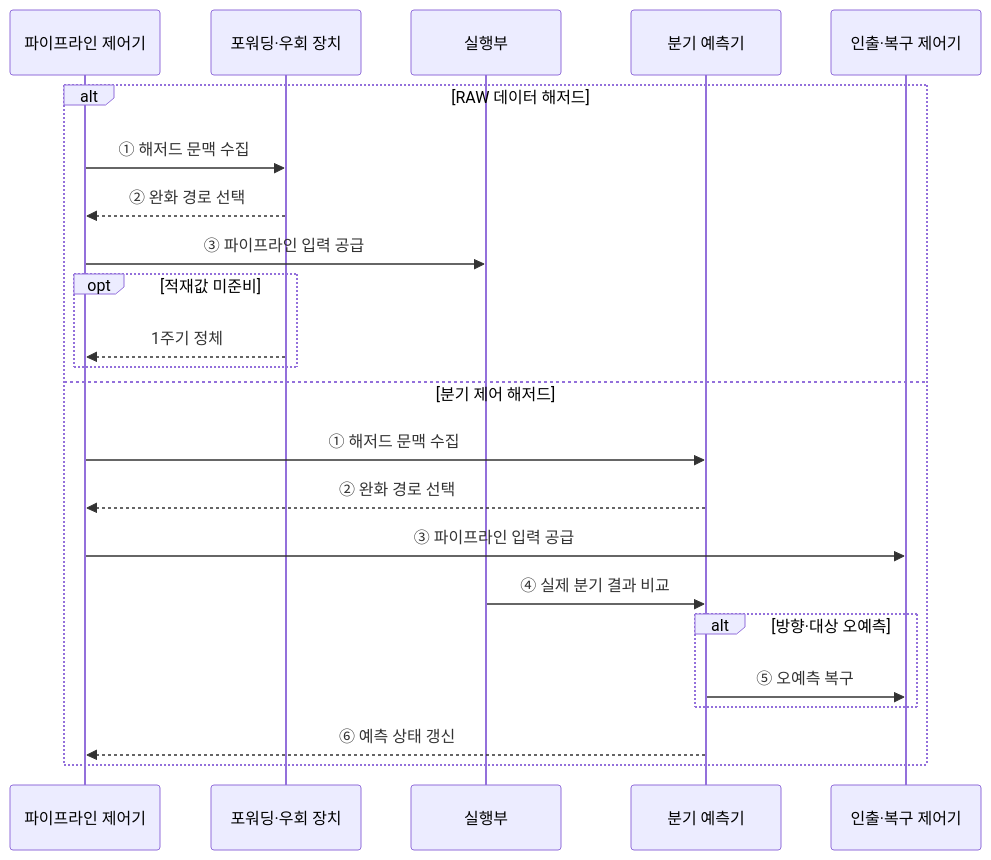
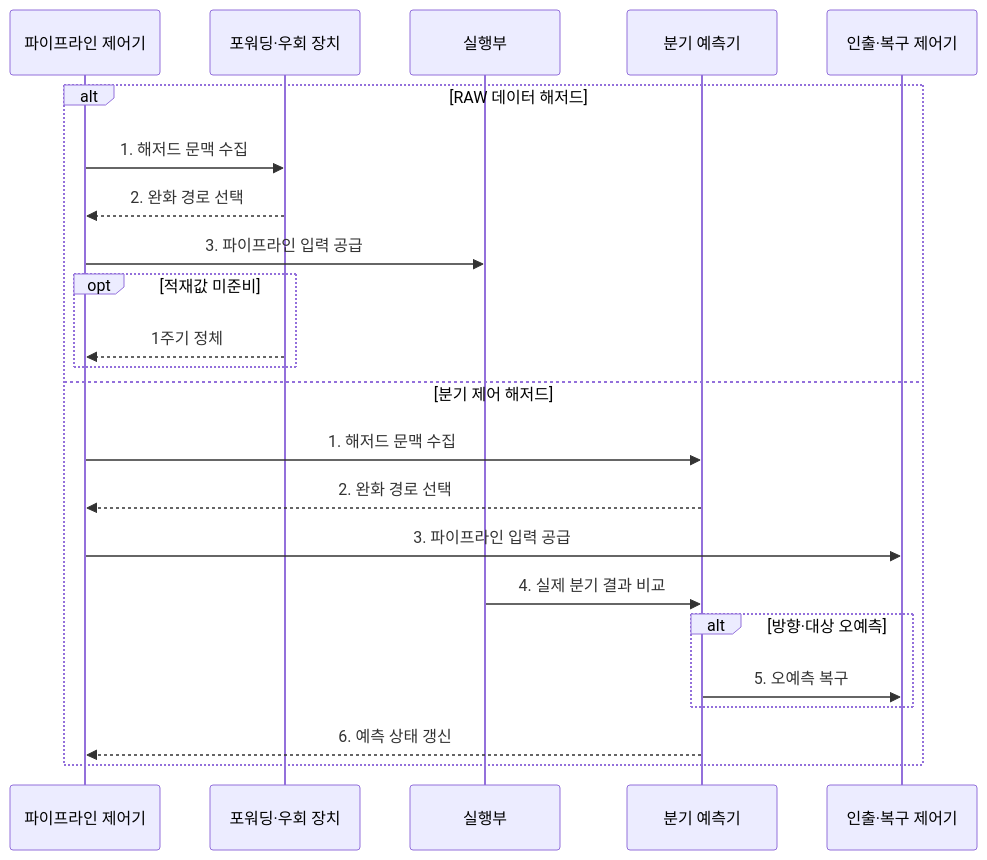
Before and after one commit to agnusdei1207/knowledge-base: the second of 2 diagrams in src/content/docs/notes/02-hardware/008_pipeline_forwarding_branch_prediction.md, drawn with Mermaid. The commit also changed other lines of this file and 20 other files, not shown here.

````diff
--- a/src/content/docs/notes/02-hardware/008_pipeline_forwarding_branch_prediction.md
+++ b/src/content/docs/notes/02-hardware/008_pipeline_forwarding_branch_prediction.md
@@ -79,25 +87,25 @@
 ```mermaid
 sequenceDiagram
     participant C as 파이프라인 제어기
     participant D as 포워딩·우회 장치
     participant E as 실행부
     participant B as 분기 예측기
     participant I as 인출·복구 제어기
     alt RAW 데이터 해저드
-        C->>D: ① 해저드 문맥 수집
-        D-->>C: ② 완화 경로 선택
-        C->>E: ③ 파이프라인 입력 공급
+        C->>D: 1. 해저드 문맥 수집
+        D-->>C: 2. 완화 경로 선택
+        C->>E: 3. 파이프라인 입력 공급
         opt 적재값 미준비
             D-->>C: 1주기 정체
         end
     else 분기 제어 해저드
-        C->>B: ① 해저드 문맥 수집
-        B-->>C: ② 완화 경로 선택
-        C->>I: ③ 파이프라인 입력 공급
-        E->>B: ④ 실제 분기 결과 비교
+        C->>B: 1. 해저드 문맥 수집
+        B-->>C: 2. 완화 경로 선택
+        C->>I: 3. 파이프라인 입력 공급
+        E->>B: 4. 실제 분기 결과 비교
         alt 방향·대상 오예측
-            B->>I: ⑤ 오예측 복구
+            B->>I: 5. 오예측 복구
         end
-        B-->>C: ⑥ 예측 상태 갱신
+        B-->>C: 6. 예측 상태 갱신
     end
 ```
````
